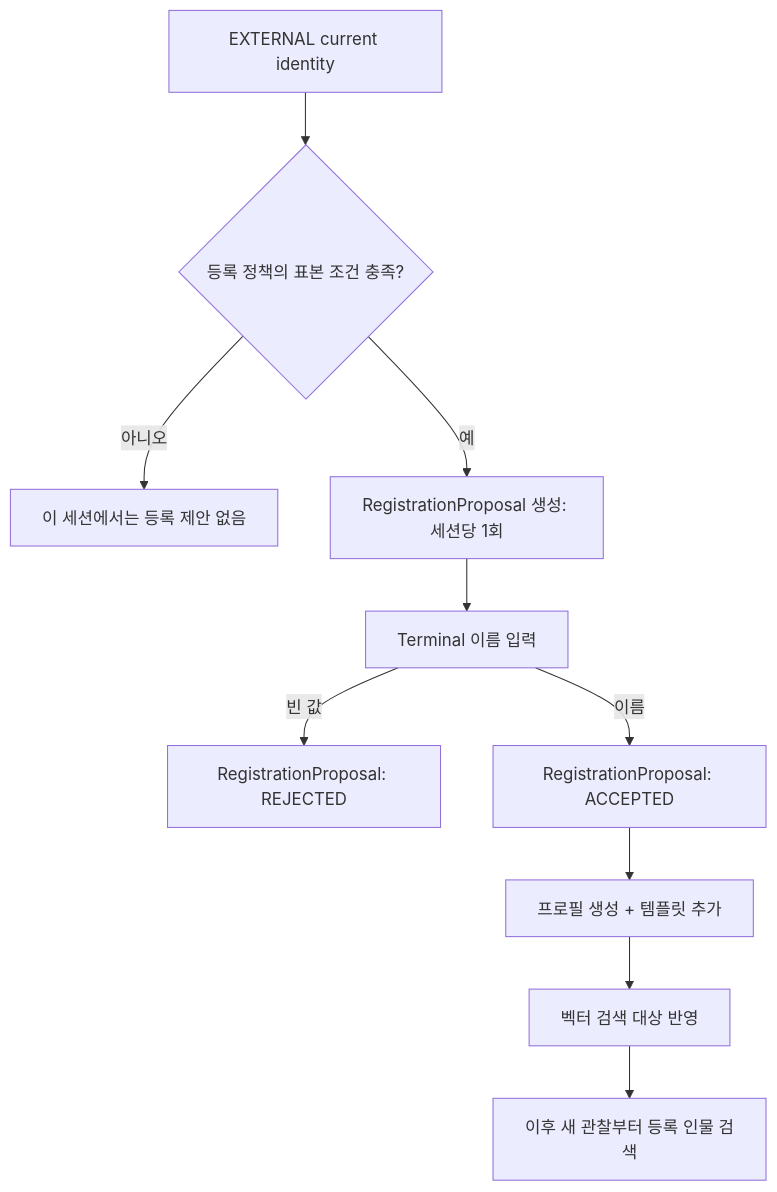
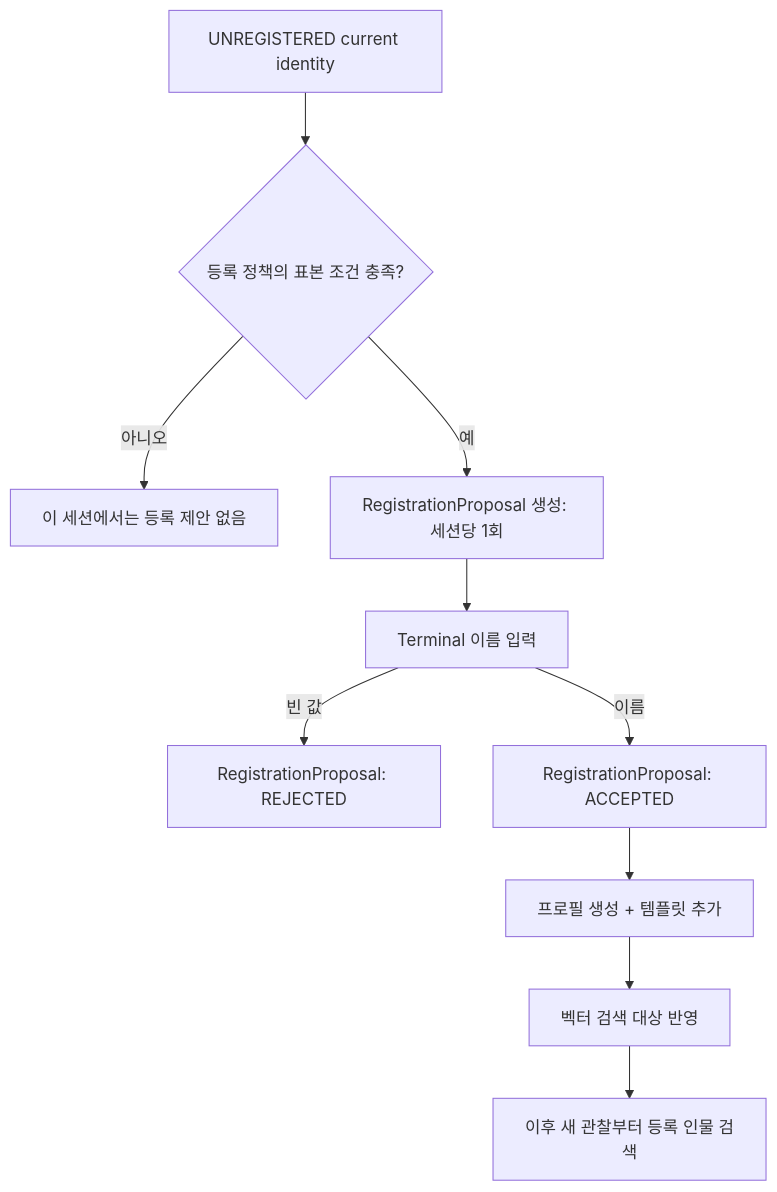
Before and after one commit to Macfa/local-face-recognition: the third of 3 diagrams in docs/processing-flow.md, drawn with Mermaid. The commit also changed other lines of this file and 4 other files, not shown here.

````diff
--- a/docs/processing-flow.md
+++ b/docs/processing-flow.md
@@ -88,12 +89,12 @@
 ```mermaid
 flowchart TD
-    U[EXTERNAL current identity] --> C{등록 정책의 표본 조건 충족?}
+    U[UNREGISTERED current identity] --> C{등록 정책의 표본 조건 충족?}
     C -->|아니오| X[이 세션에서는 등록 제안 없음]
     C -->|예| P[RegistrationProposal 생성: 세션당 1회]
     P --> NAME[Terminal 이름 입력]
     NAME -->|빈 값| R[RegistrationProposal: REJECTED]
     NAME -->|이름| AC[RegistrationProposal: ACCEPTED]
     AC --> SAVE[프로필 생성 + 템플릿 추가]
     SAVE --> IDX[벡터 검색 대상 반영]
     IDX --> NEXT[이후 새 관찰부터 등록 인물 검색]
 ```
````
